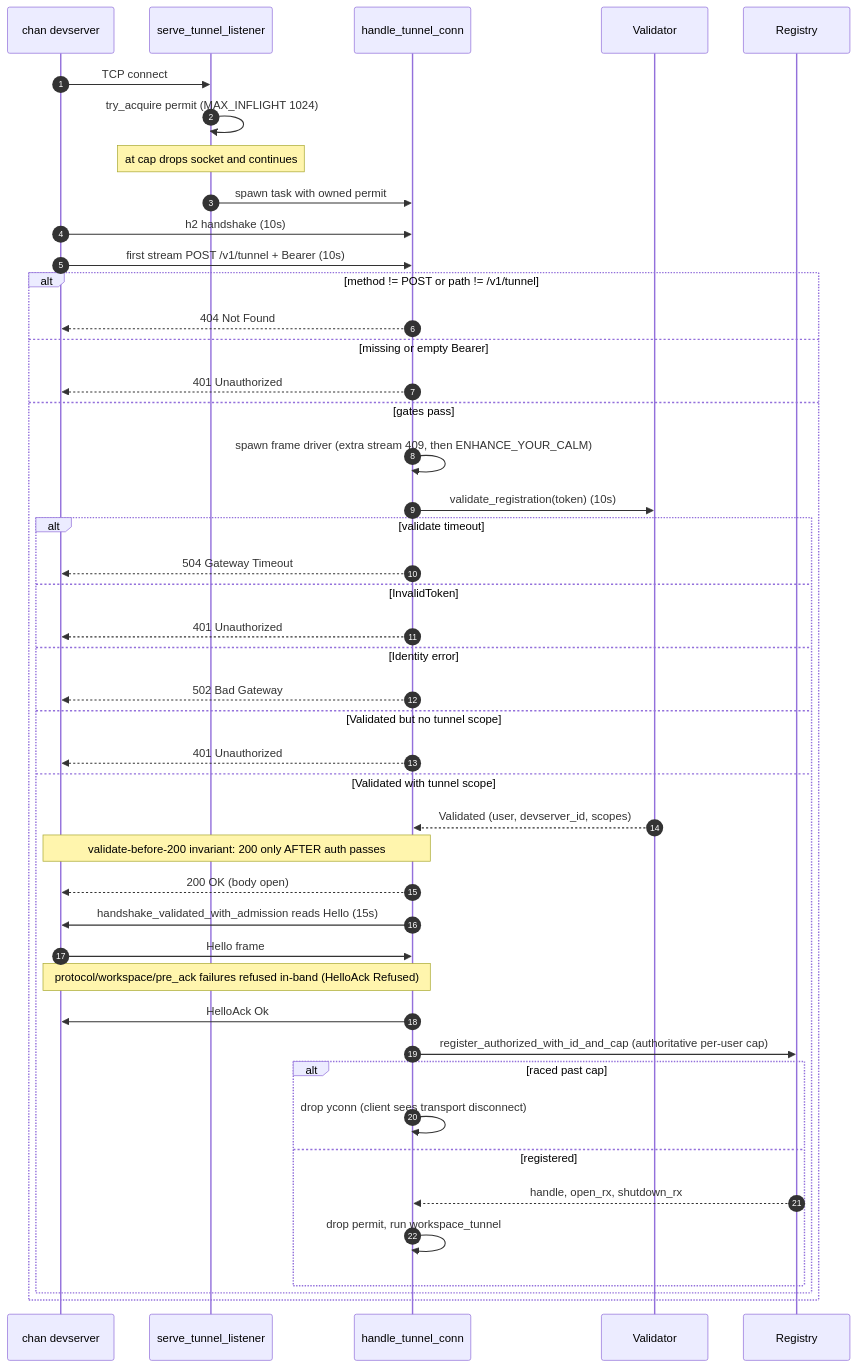
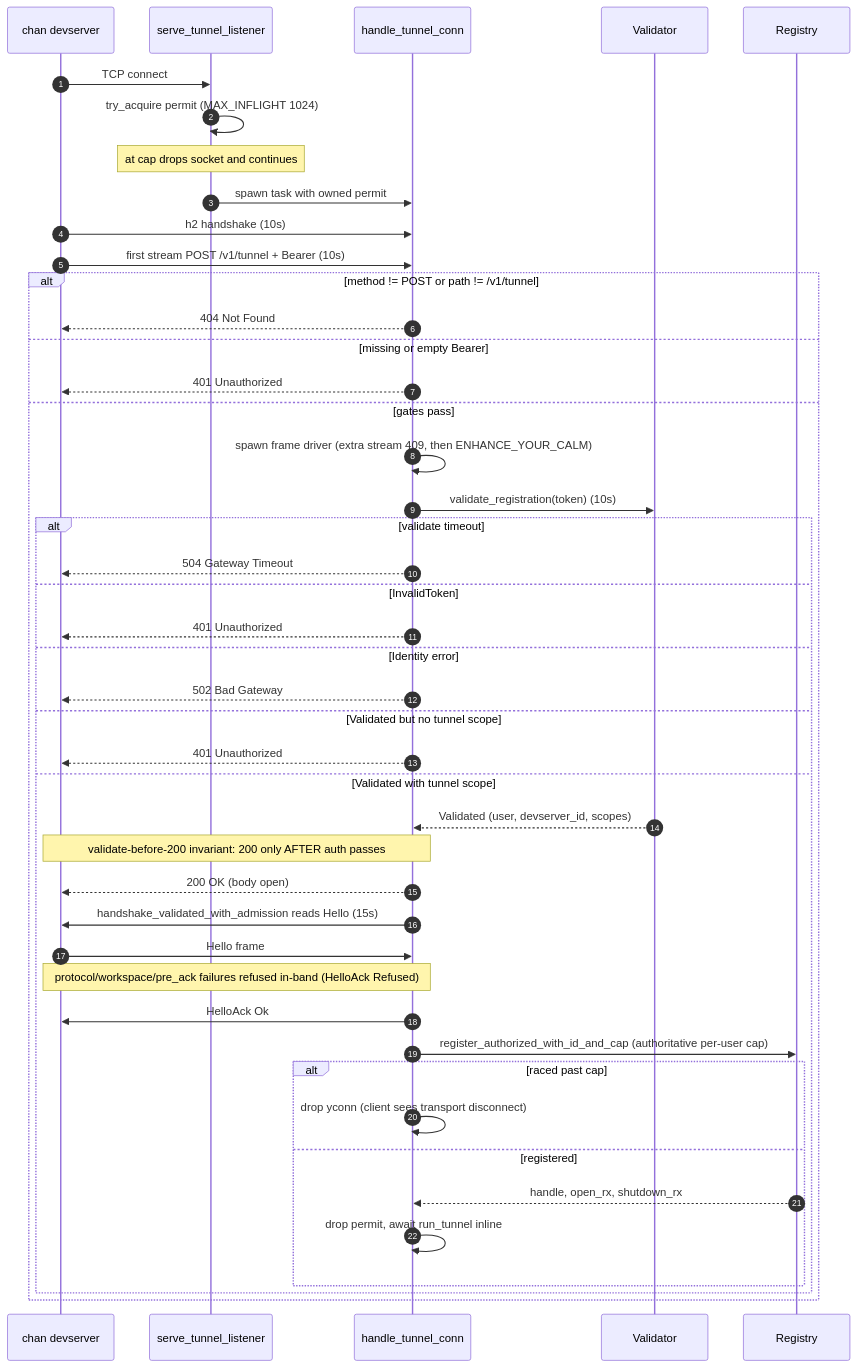
One commit to fiorix/chan changed the second of 2 diagrams in crates/chan-tunnel-server/design.md. Above: the diagram before and after it, drawn with Mermaid. The commit also changed other lines of this file and 5 other files, not shown here.

First line of the commit message:
refactor(chan-tunnel-server): name the tunnel driver run_tunnel

````diff
--- a/crates/chan-tunnel-server/design.md
+++ b/crates/chan-tunnel-server/design.md
@@ -73,49 +73,49 @@
 ```mermaid
 sequenceDiagram
     autonumber
     participant C as chan devserver
     participant L as serve_tunnel_listener
     participant H as handle_tunnel_conn
     participant V as Validator
     participant R as Registry
 
     C->>L: TCP connect
     L->>L: try_acquire permit (MAX_INFLIGHT 1024)
     Note over L: at cap drops socket and continues
     L->>H: spawn task with owned permit
     C->>H: h2 handshake (10s)
     C->>H: first stream POST /v1/tunnel + Bearer (10s)
 
     alt method != POST or path != /v1/tunnel
         H-->>C: 404 Not Found
     else missing or empty Bearer
         H-->>C: 401 Unauthorized
     else gates pass
         H->>H: spawn frame driver (extra stream 409, then ENHANCE_YOUR_CALM)
         H->>V: validate_registration(token) (10s)
         alt validate timeout
             H-->>C: 504 Gateway Timeout
         else InvalidToken
             H-->>C: 401 Unauthorized
         else Identity error
             H-->>C: 502 Bad Gateway
         else Validated but no tunnel scope
             H-->>C: 401 Unauthorized
         else Validated with tunnel scope
             V-->>H: Validated (user, devserver_id, scopes)
             Note over H,C: validate-before-200 invariant: 200 only AFTER auth passes
             H-->>C: 200 OK (body open)
             H->>C: handshake_validated_with_admission reads Hello (15s)
             C->>H: Hello frame
             Note over H,C: protocol/workspace/pre_ack failures refused in-band (HelloAck Refused)
             H->>C: HelloAck Ok
             H->>R: register_authorized_with_id_and_cap (authoritative per-user cap)
             alt raced past cap
                 H->>H: drop yconn (client sees transport disconnect)
             else registered
                 R-->>H: handle, open_rx, shutdown_rx
-                H->>H: drop permit, run workspace_tunnel
+                H->>H: drop permit, await run_tunnel inline
             end
         end
     end
 ```
````
